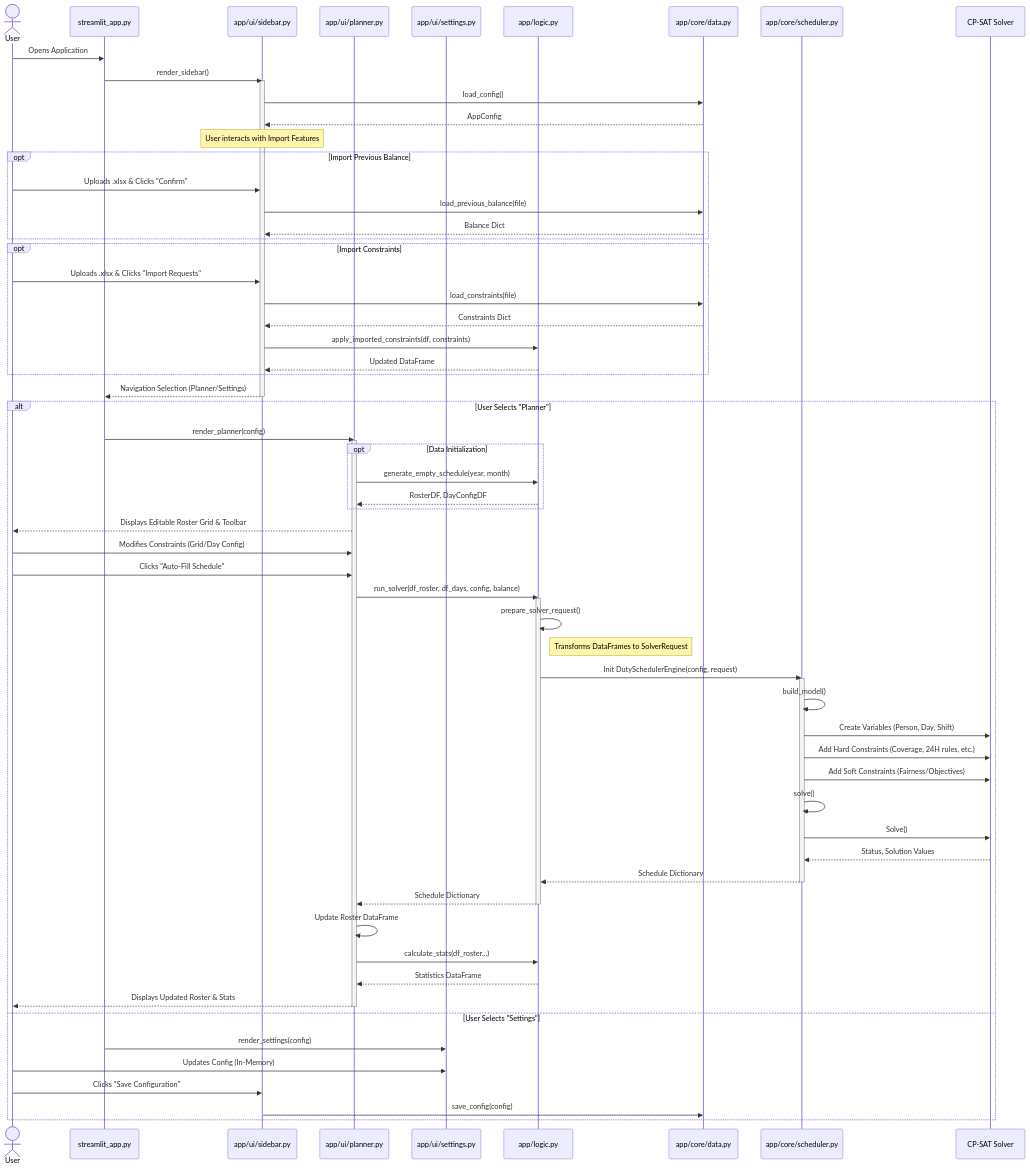
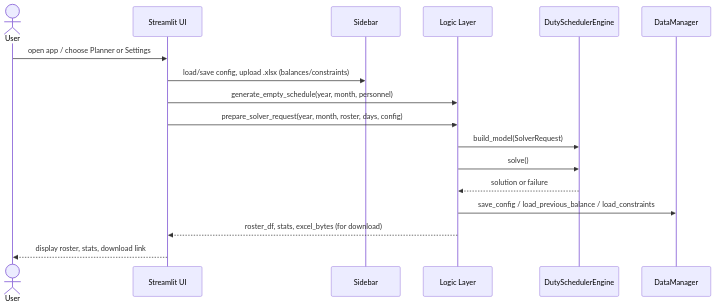
The diagram in README.md (genes3e7/Duty-Planner), drawn with Mermaid before and after one commit.

Commit message:
Cleaner Sequence Diagram
credit to @coderabbitai

````diff
--- a/README.md
+++ b/README.md
@@ -23,89 +23,20 @@
 ```mermaid
 sequenceDiagram
     actor User
-    participant Main as streamlit_app.py
-    participant Sidebar as app/ui/sidebar.py
-    participant Planner as app/ui/planner.py
-    participant Settings as app/ui/settings.py
-    participant Logic as app/logic.py
-    participant Data as app/core/data.py
-    participant Engine as app/core/scheduler.py
-    participant ORTools as CP-SAT Solver
+    participant Browser as Streamlit UI
+    participant Sidebar as Sidebar
+    participant Logic as Logic Layer
+    participant Solver as DutySchedulerEngine
+    participant DataMgr as DataManager
 
-    User->>Main: Opens Application
-    Main->>Sidebar: render_sidebar()
-    activate Sidebar
-    Sidebar->>Data: load_config()
-    Data-->>Sidebar: AppConfig
-    
-    Note over Sidebar: User interacts with Import Features
-    
-    opt Import Previous Balance
-        User->>Sidebar: Uploads .xlsx & Clicks "Confirm"
-        Sidebar->>Data: load_previous_balance(file)
-        Data-->>Sidebar: Balance Dict
-    end
-
-    opt Import Constraints
-        User->>Sidebar: Uploads .xlsx & Clicks "Import Requests"
-        Sidebar->>Data: load_constraints(file)
-        Data-->>Sidebar: Constraints Dict
-        Sidebar->>Logic: apply_imported_constraints(df, constraints)
-        Logic-->>Sidebar: Updated DataFrame
-    end
-
-    Sidebar-->>Main: Navigation Selection (Planner/Settings)
-    deactivate Sidebar
-
-    alt User Selects "Planner"
-        Main->>Planner: render_planner(config)
-        activate Planner
-        
-        opt Data Initialization
-            Planner->>Logic: generate_empty_schedule(year, month)
-            Logic-->>Planner: RosterDF, DayConfigDF
-        end
-
-        Planner-->>User: Displays Editable Roster Grid & Toolbar
-        
-        User->>Planner: Modifies Constraints (Grid/Day Config)
-        
-        User->>Planner: Clicks "Auto-Fill Schedule"
-        Planner->>Logic: run_solver(df_roster, df_days, config, balance)
-        activate Logic
-        
-        Logic->>Logic: prepare_solver_request()
-        Note right of Logic: Transforms DataFrames to SolverRequest
-        
-        Logic->>Engine: Init DutySchedulerEngine(config, request)
-        activate Engine
-        
-        Engine->>Engine: build_model()
-        Engine->>ORTools: Create Variables (Person, Day, Shift)
-        Engine->>ORTools: Add Hard Constraints (Coverage, 24H rules, etc.)
-        Engine->>ORTools: Add Soft Constraints (Fairness/Objectives)
-        
-        Engine->>Engine: solve()
-        Engine->>ORTools: Solve()
-        ORTools-->>Engine: Status, Solution Values
-        
-        Engine-->>Logic: Schedule Dictionary
-        deactivate Engine
-        
-        Logic-->>Planner: Schedule Dictionary
-        deactivate Logic
-        
-        Planner->>Planner: Update Roster DataFrame
-        Planner->>Logic: calculate_stats(df_roster...)
-        Logic-->>Planner: Statistics DataFrame
-        
-        Planner-->>User: Displays Updated Roster & Stats
-        deactivate Planner
-
-    else User Selects "Settings"
-        Main->>Settings: render_settings(config)
-        User->>Settings: Updates Config (In-Memory)
-        User->>Sidebar: Clicks "Save Configuration"
-        Sidebar->>Data: save_config(config)
-    end
+    User->>Browser: open app / choose Planner or Settings
+    Browser->>Sidebar: load/save config, upload .xlsx (balances/constraints)
+    Browser->>Logic: generate_empty_schedule(year, month, personnel)
+    Browser->>Logic: prepare_solver_request(year, month, roster, days, config)
+    Logic->>Solver: build_model(SolverRequest)
+    Logic->>Solver: solve()
+    Solver-->>Logic: solution or failure
+    Logic->>DataMgr: save_config / load_previous_balance / load_constraints
+    Logic-->>Browser: roster_df, stats, excel_bytes (for download)
+    Browser-->>User: display roster, stats, download link
 ```
````
